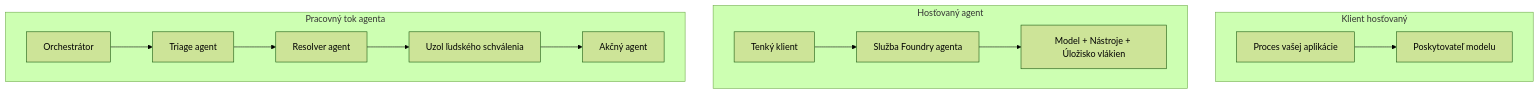
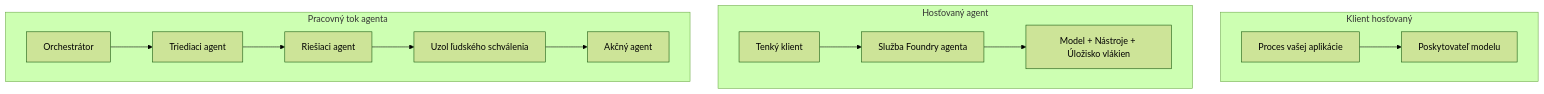
One commit to microsoft/ai-agents-for-beginners changed the first of 4 diagrams in translations/sk/16-deploying-scalable-agents/README.md. Above: the diagram before and after it, drawn with Mermaid (forest theme). The commit also changed other lines of this file and 46 other files, not shown here.

````diff
--- a/translations/sk/16-deploying-scalable-agents/README.md
+++ b/translations/sk/16-deploying-scalable-agents/README.md
@@ -87,16 +87,16 @@
 ```mermaid
 flowchart TB
     subgraph P1[Klient hosťovaný]
         A1[Proces vašej aplikácie] --> M1[Poskytovateľ modelu]
     end
     subgraph P2[Hosťovaný agent]
         A2[Tenký klient] --> F2[Služba Foundry agenta]
         F2 --> M2[Model + Nástroje + Úložisko vlákien]
     end
     subgraph P3[Pracovný tok agenta]
-        A3[Orchestrátor] --> S1[Triage agent]
-        S1 --> S2[Resolver agent]
+        A3[Orchestrátor] --> S1[Triediaci agent]
+        S1 --> S2[Riešiaci agent]
         S2 --> H[Uzol ľudského schválenia]
         H --> S3[Akčný agent]
     end
 ```
````
